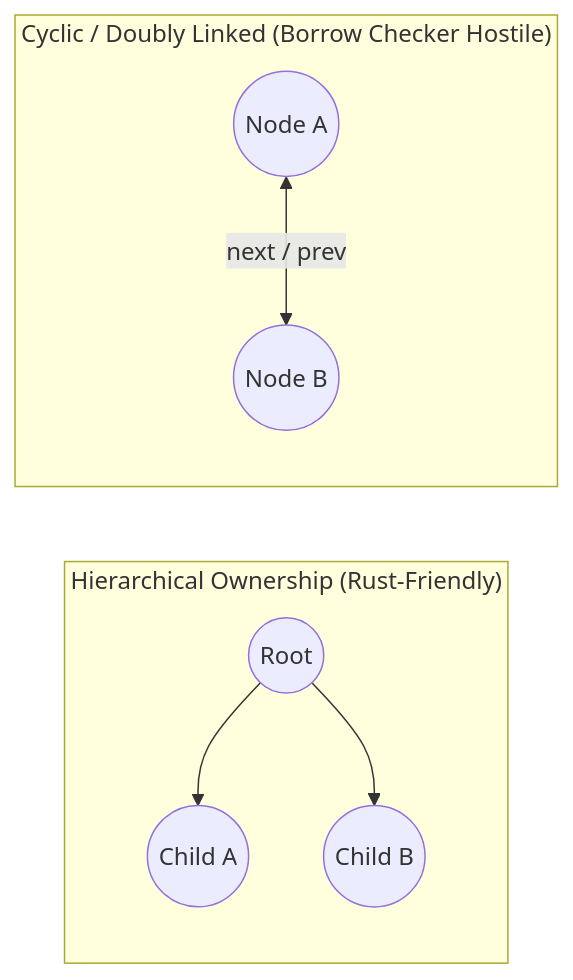
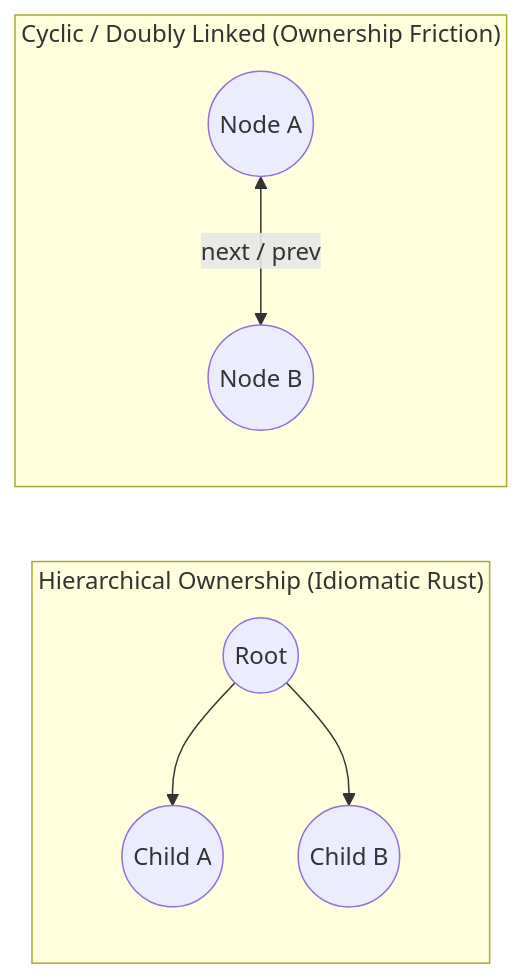
The fifth of 6 diagrams in _posts/2026-09-11-memory-safety-without-a-gc-rust-borrow-checker.md (jonas1ara/jonas1ara.github.io), drawn with Mermaid before and after one commit. The commit also changed other lines of this file, not shown here.

````diff
--- a/_posts/2026-09-11-memory-safety-without-a-gc-rust-borrow-checker.md
+++ b/_posts/2026-09-11-memory-safety-without-a-gc-rust-borrow-checker.md
@@ -311,11 +311,11 @@
 ```mermaid
 graph LR
-    subgraph Tree["Hierarchical Ownership (Rust-Friendly)"]
+    subgraph Tree["Hierarchical Ownership (Idiomatic Rust)"]
         Root((Root)) --> ChildA((Child A))
         Root --> ChildB((Child B))
     end
 
-    subgraph Cyclic["Cyclic / Doubly Linked (Borrow Checker Hostile)"]
+    subgraph Cyclic["Cyclic / Doubly Linked (Ownership Friction)"]
         NodeA((Node A)) <-->|next / prev| NodeB((Node B))
     end
 ```
````
